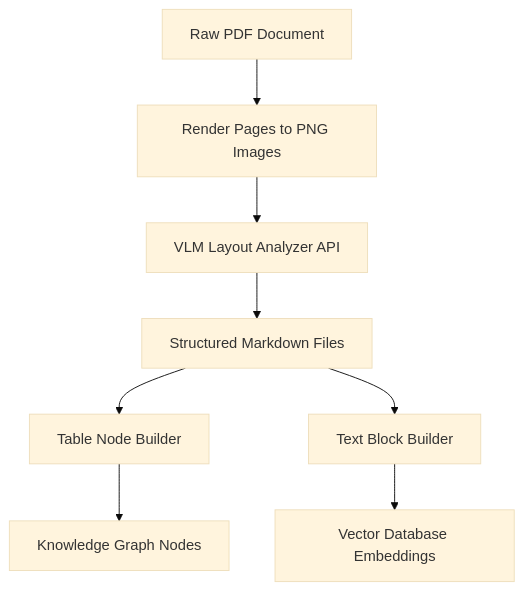
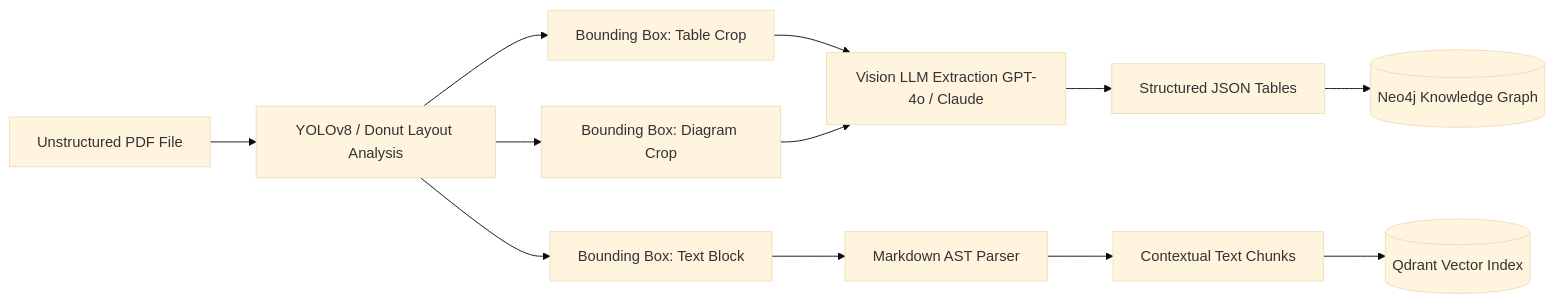
The diagram in content/series/ai-data-engineering-pipeline/part-2-agentic-ingestion-multimodal.md (vesviet/vesviet), drawn with Mermaid (base theme) before and after one commit. The commit also changed other lines of this file and 180 other files, not shown here.

````diff
--- a/content/series/ai-data-engineering-pipeline/part-2-agentic-ingestion-multimodal.md
+++ b/content/series/ai-data-engineering-pipeline/part-2-agentic-ingestion-multimodal.md
@@ -204,10 +57,17 @@
 ```mermaid
-graph TD
-    PDF[Raw PDF Document] --> Render[Render Pages to PNG Images]
-    Render --> BatchVLM[VLM Layout Analyzer API]
-    BatchVLM --> MD[Structured Markdown Files]
-    MD --> TableExtract[Table Node Builder]
-    MD --> ParagraphExtract[Text Block Builder]
-    TableExtract --> GraphDB[Knowledge Graph Nodes]
-    ParagraphExtract --> Embeddings[Vector Database Embeddings]
+graph LR
+    PDF[Unstructured PDF File] --> Layout[YOLOv8 / Donut Layout Analysis]
+    Layout --> BBox1[Bounding Box: Table Crop]
+    Layout --> BBox2[Bounding Box: Diagram Crop]
+    Layout --> BBox3[Bounding Box: Text Block]
+
+    BBox1 --> VisionLLM[Vision LLM Extraction GPT-4o / Claude]
+    BBox2 --> VisionLLM
+    BBox3 --> AST[Markdown AST Parser]
+
+    VisionLLM --> SchemaJSON[Structured JSON Tables]
+    AST --> MarkdownText[Contextual Text Chunks]
+
+    SchemaJSON --> GraphDB[(Neo4j Knowledge Graph)]
+    MarkdownText --> VectorDB[(Qdrant Vector Index)]
 ```
````
